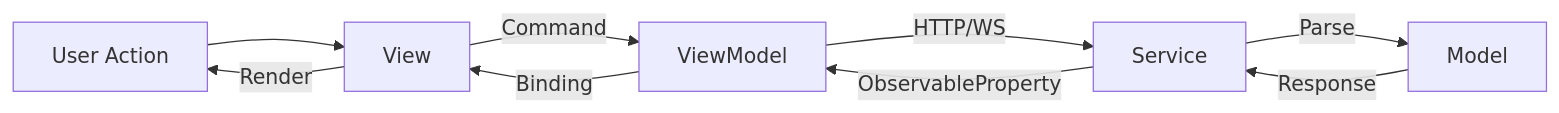
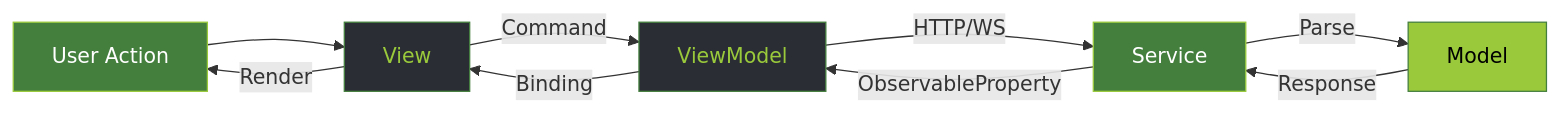
One commit to marcelofrau/xb-homebrew-vault changed the second of 5 diagrams in docs/architecture.md. Above: the diagram before and after it, drawn with Mermaid. The commit also changed other lines of this file and 29 other files, not shown here.

````diff
--- a/docs/architecture.md
+++ b/docs/architecture.md
@@ -92,11 +149,17 @@
 ```mermaid
 flowchart LR
     U[User Action] --> V[View]
     V -->|Command| VM[ViewModel]
     VM -->|HTTP/WS| S[Service]
     S -->|Parse| M[Model]
     M -->|Response| S
     S -->|ObservableProperty| VM
     VM -->|Binding| V
     V -->|Render| U
+    
+    style U fill:#447F3E,stroke:#9ACA3C,color:#fff
+    style V fill:#2A2D33,stroke:#447F3E,color:#9ACA3C
+    style VM fill:#2A2D33,stroke:#447F3E,color:#9ACA3C
+    style S fill:#447F3E,stroke:#9ACA3C,color:#fff
+    style M fill:#9ACA3C,stroke:#447F3E,color:#000
 ```
````
